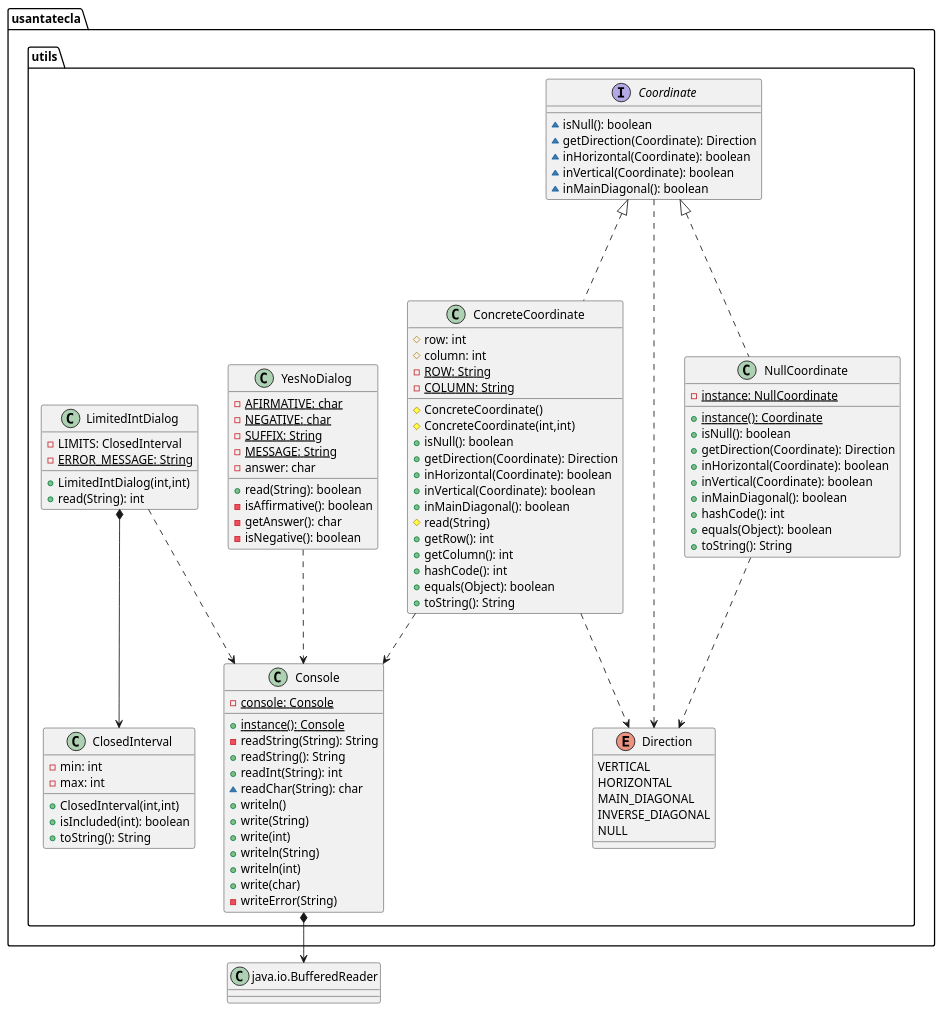
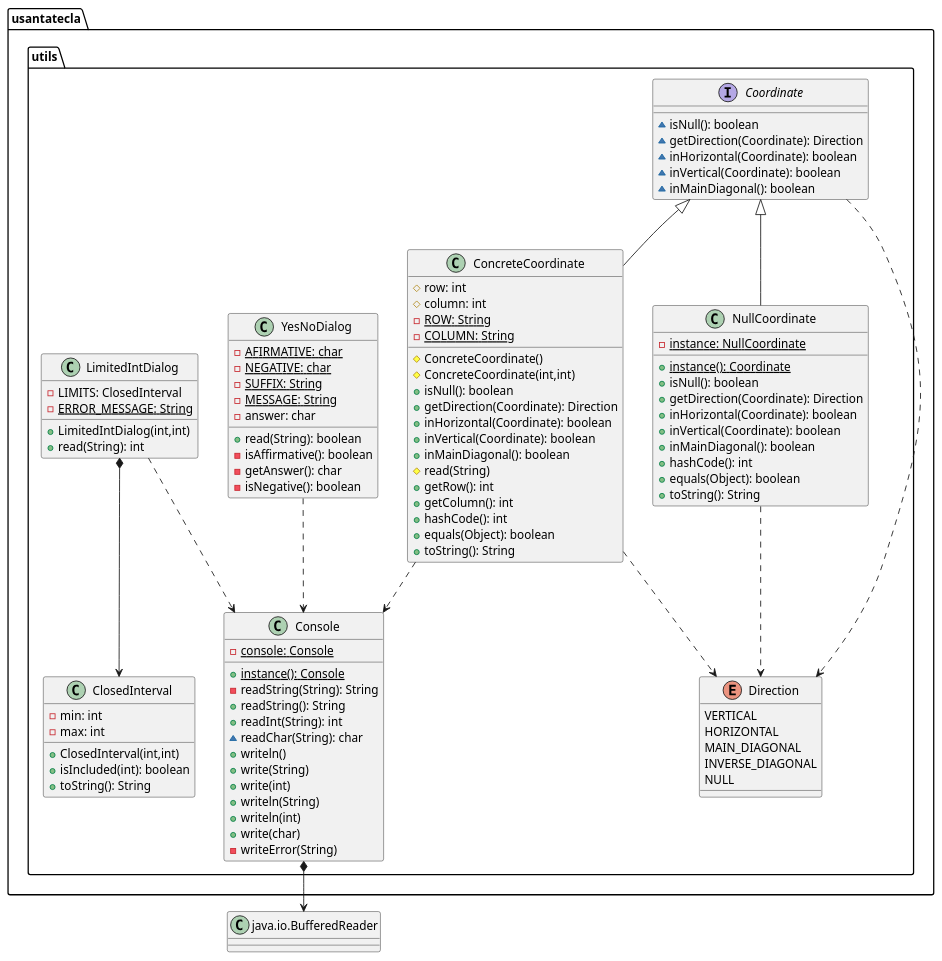
The sixth of 6 diagrams in documentView/withFactoryMethod/docs/diagrams/src/paquetes.plantuml (Jolucaa/USantaTecla-project-ticTacToe), drawn with PlantUML before and after one commit. The commit also changed other lines of this file, not shown here.

Commit message:
refactor diagrams documentView.withoutFactoryMethod

```diff
--- a/documentView/withFactoryMethod/docs/diagrams/src/paquetes.plantuml
+++ b/documentView/withFactoryMethod/docs/diagrams/src/paquetes.plantuml
@@ -515,108 +515,108 @@
-@startuml tictactoe.utils
+@startuml
 class BufferedReader as "java.io.BufferedReader"{}
 
 class  usantatecla.utils.ClosedInterval{
 - min: int
 - max: int
 + ClosedInterval(int,int)
 + isIncluded(int): boolean
 + toString(): String
 }
 
 class usantatecla.utils.ConcreteCoordinate{
 # row: int
 # column: int
 - {static} ROW: String
 - {static} COLUMN: String
 # ConcreteCoordinate()
 # ConcreteCoordinate(int,int)
 + isNull(): boolean
 + getDirection(Coordinate): Direction
 + inHorizontal(Coordinate): boolean
 + inVertical(Coordinate): boolean
 + inMainDiagonal(): boolean
 # read(String)
 + getRow(): int
 + getColumn(): int
 + hashCode(): int
 + equals(Object): boolean
 + toString(): String
 }
 
-usantatecla.utils.Coordinate <|..down- usantatecla.utils.ConcreteCoordinate
-usantatecla.utils.ConcreteCoordinate ..> usantatecla.utils.Direction
-usantatecla.utils.ConcreteCoordinate ..> usantatecla.utils.Console
+usantatecla.utils.Coordinate <|-down- usantatecla.utils.ConcreteCoordinate
+usantatecla.utils.ConcreteCoordinate .down.> usantatecla.utils.Direction
+usantatecla.utils.ConcreteCoordinate .down.> usantatecla.utils.Console
 
 
 class usantatecla.utils.Console{
 - {static} console: Console
 + {static} instance(): Console
 - readString(String): String
 + readString(): String
 + readInt(String): int
 ~ readChar(String): char
 + writeln()
 + write(String)
 + write(int)
 + writeln(String)
 + writeln(int)
 + write(char)
 - writeError(String)
 }
 usantatecla.utils.Console *-down-> BufferedReader
 
 interface usantatecla.utils.Coordinate{
 ~ isNull(): boolean
 ~ getDirection(Coordinate): Direction
 ~ inHorizontal(Coordinate): boolean
 ~ inVertical(Coordinate): boolean
 ~ inMainDiagonal(): boolean
 }
-usantatecla.utils.Coordinate ..> usantatecla.utils.Direction
+usantatecla.utils.Coordinate .down.> usantatecla.utils.Direction
 
 enum usantatecla.utils.Direction{
   VERTICAL
   HORIZONTAL
   MAIN_DIAGONAL
   INVERSE_DIAGONAL
   NULL
 }
 
 class usantatecla.utils.LimitedIntDialog{
 - LIMITS: ClosedInterval
 - {static} ERROR_MESSAGE: String
 + LimitedIntDialog(int,int)
 + read(String): int
 }
 
 usantatecla.utils.LimitedIntDialog *-down-> usantatecla.utils.ClosedInterval
-usantatecla.utils.LimitedIntDialog ..> usantatecla.utils.Console
+usantatecla.utils.LimitedIntDialog .down.> usantatecla.utils.Console
 
 class usantatecla.utils.NullCoordinate{
 - {static} instance: NullCoordinate
 + {static} instance(): Coordinate
 + isNull(): boolean
 + getDirection(Coordinate): Direction
 + inHorizontal(Coordinate): boolean
 + inVertical(Coordinate): boolean
 + inMainDiagonal(): boolean
 + hashCode(): int
 + equals(Object): boolean
 + toString(): String
 }
-usantatecla.utils.Coordinate <|..down- usantatecla.utils.NullCoordinate
-usantatecla.utils.NullCoordinate ..> usantatecla.utils.Direction
+usantatecla.utils.Coordinate <|-down- usantatecla.utils.NullCoordinate
+usantatecla.utils.NullCoordinate .down.> usantatecla.utils.Direction
 
 class usantatecla.utils.YesNoDialog{
 - {static} AFIRMATIVE: char
 - {static} NEGATIVE: char
 - {static} SUFFIX: String
 - {static} MESSAGE: String
 - answer: char
 + read(String): boolean
 - isAffirmative(): boolean
 - getAnswer(): char
 - isNegative(): boolean
 }
-usantatecla.utils.YesNoDialog ..> usantatecla.utils.Console
+usantatecla.utils.YesNoDialog .down.> usantatecla.utils.Console
 @enduml
```
